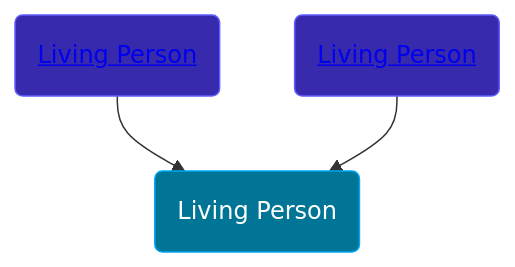
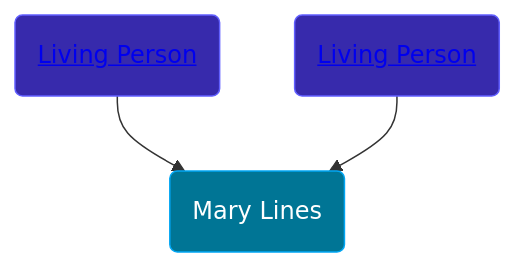
The diagram in pages/people/1/19292651.md (wpmgotkh/wpmgotkh.github.io), drawn with Mermaid before and after one commit. The commit also changed other lines of this file and 586 other files, not shown here.

Commit message:
feat: better shouldConsiderPersonLiving algo

````diff
--- a/pages/people/1/19292651.md
+++ b/pages/people/1/19292651.md
@@ -10,9 +10,9 @@
 ```mermaid
 graph
 classDef grands fill:#193cb8,stroke:#2b7fff,stroke-width:1px,color:#fff;
 classDef parents fill:#372aac,stroke:#615fff,stroke-width:1px,color:#fff;
 classDef primary fill:#007595,stroke:#00a6f4,stroke-width:1px,color:#fff;
-19292651(Living Person):::primary
+19292651(Mary Lines):::primary
 33207612(<a class="text-white" href="/people/3/33207612">Living Person</a>):::parents-->19292651
 80639382(<a class="text-white" href="/people/8/80639382">Living Person</a>):::parents-->19292651
 ```
````
